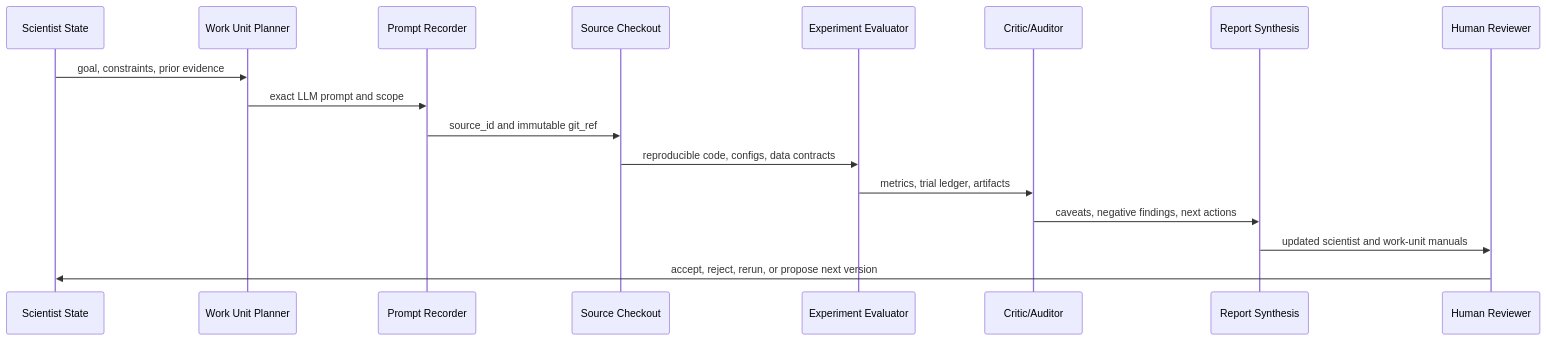
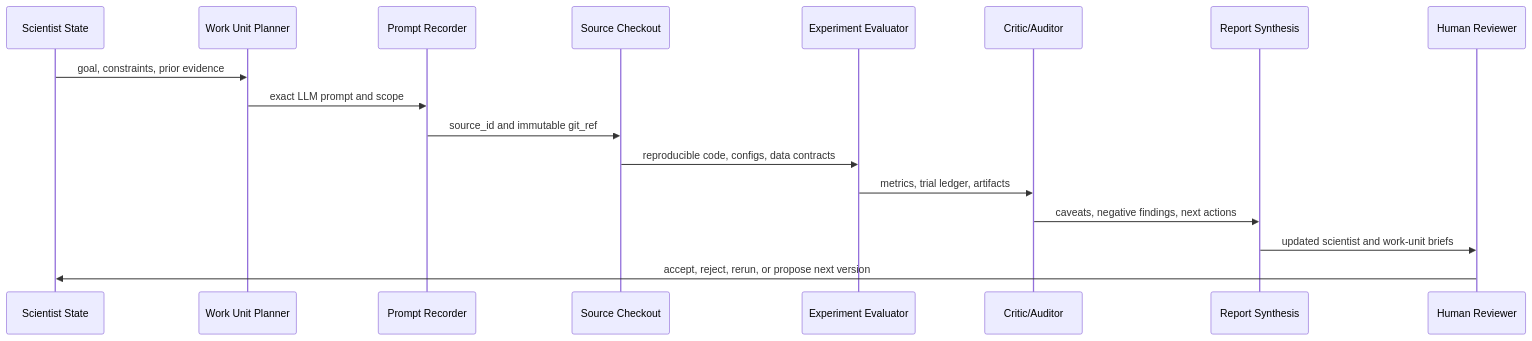
One commit to sungsoo-ahn/ai-lab changed the second of 2 diagrams in docs/system/architecture.md. Above: the diagram before and after it, drawn with Mermaid. The commit also changed other lines of this file and 40 other files, not shown here.

````diff
--- a/docs/system/architecture.md
+++ b/docs/system/architecture.md
@@ -22,20 +22,20 @@
 ```mermaid
 sequenceDiagram
   participant State as Scientist State
   participant Planner as Work Unit Planner
   participant Prompt as Prompt Recorder
   participant Source as Source Checkout
   participant Eval as Experiment Evaluator
   participant Audit as Critic/Auditor
   participant Report as Report Synthesis
   participant Human as Human Reviewer
 
   State->>Planner: goal, constraints, prior evidence
   Planner->>Prompt: exact LLM prompt and scope
   Prompt->>Source: source_id and immutable git_ref
   Source->>Eval: reproducible code, configs, data contracts
   Eval->>Audit: metrics, trial ledger, artifacts
   Audit->>Report: caveats, negative findings, next actions
-  Report->>Human: updated scientist and work-unit manuals
+  Report->>Human: updated scientist and work-unit briefs
   Human->>State: accept, reject, rerun, or propose next version
 ```
````
